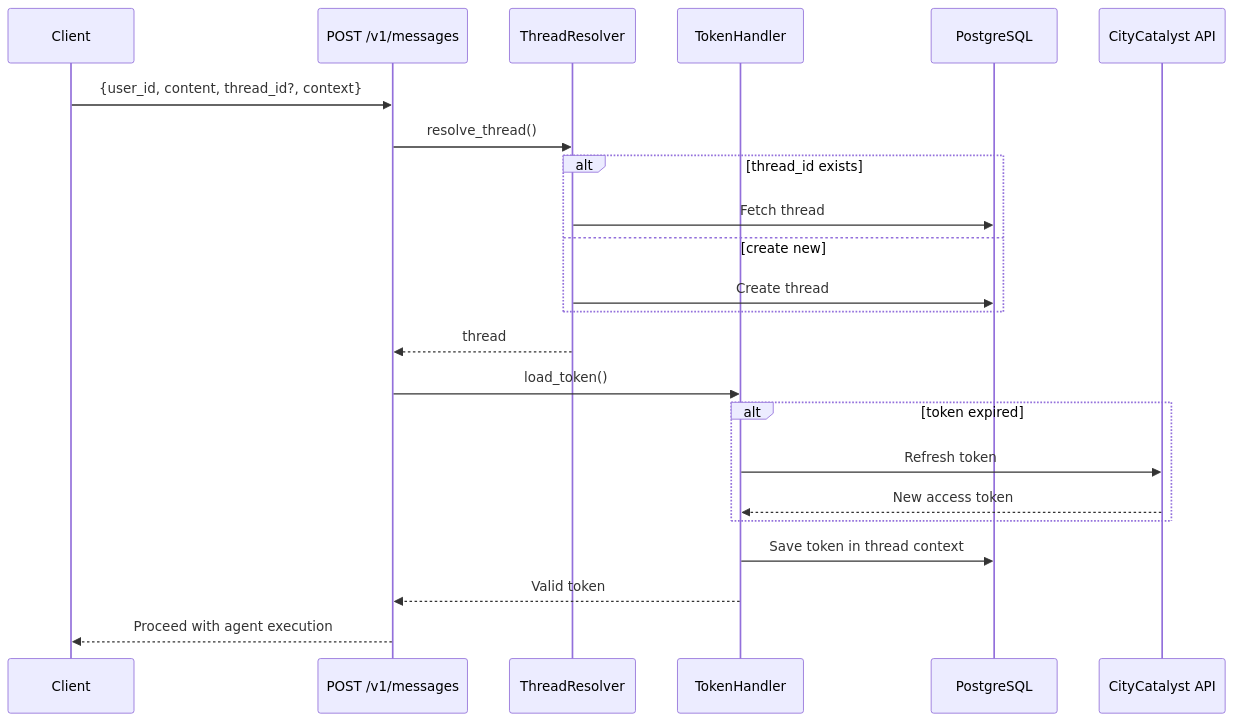
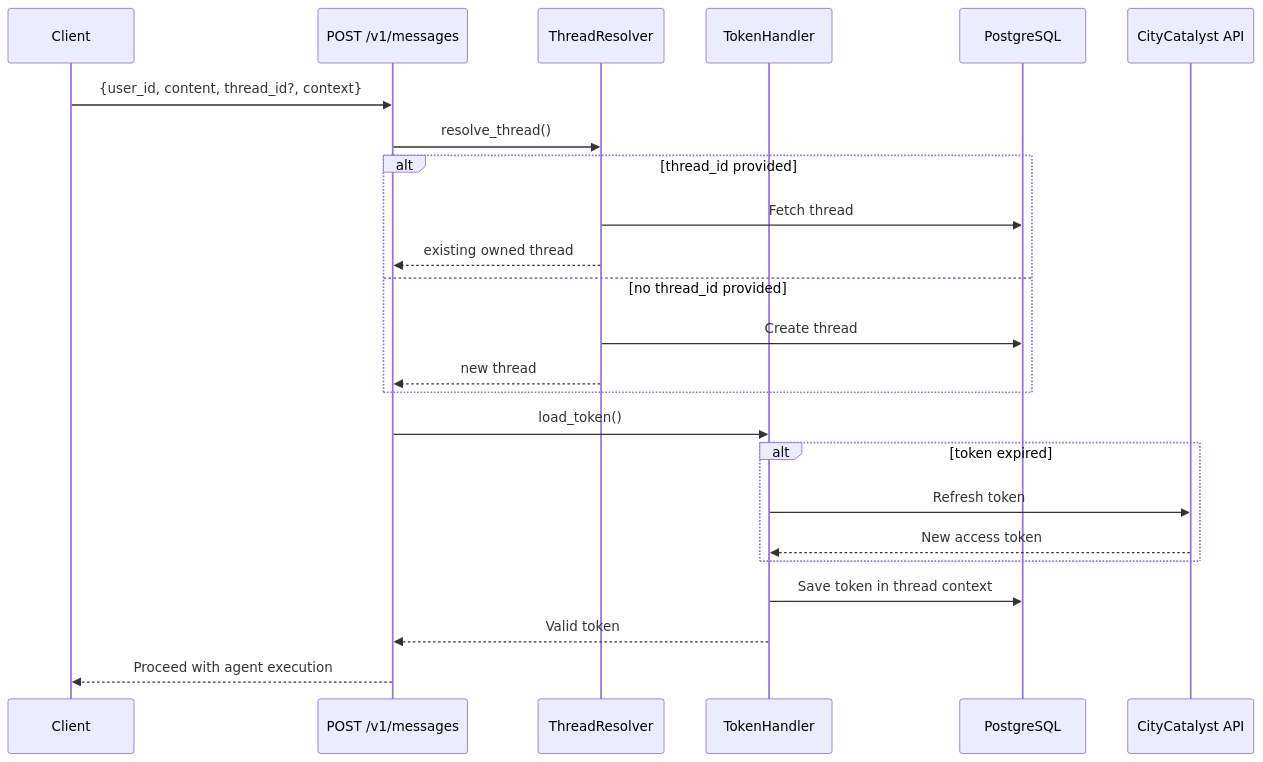
One commit to Open-Earth-Foundation/CityCatalyst changed the fifth of 5 diagrams in climate-advisor/docs/architecture.md. Above: the diagram before and after it, drawn with Mermaid. The commit also changed other lines of this file and 4 other files, not shown here.

````diff
--- a/climate-advisor/docs/architecture.md
+++ b/climate-advisor/docs/architecture.md
@@ -123,29 +123,30 @@
 ```mermaid
 sequenceDiagram
     participant Client
     participant API as POST /v1/messages
     participant Resolver as ThreadResolver
     participant Token as TokenHandler
     participant DB as PostgreSQL
     participant CC as CityCatalyst API
 
     Client->>API: {user_id, content, thread_id?, context}
 
     API->>Resolver: resolve_thread()
-    alt thread_id exists
+    alt thread_id provided
         Resolver->>DB: Fetch thread
-    else create new
+        Resolver-->>API: existing owned thread
+    else no thread_id provided
         Resolver->>DB: Create thread
+        Resolver-->>API: new thread
     end
-    Resolver-->>API: thread
 
     API->>Token: load_token()
     alt token expired
         Token->>CC: Refresh token
         CC-->>Token: New access token
     end
     Token->>DB: Save token in thread context
     Token-->>API: Valid token
 
     API-->>Client: Proceed with agent execution
 ```
````
